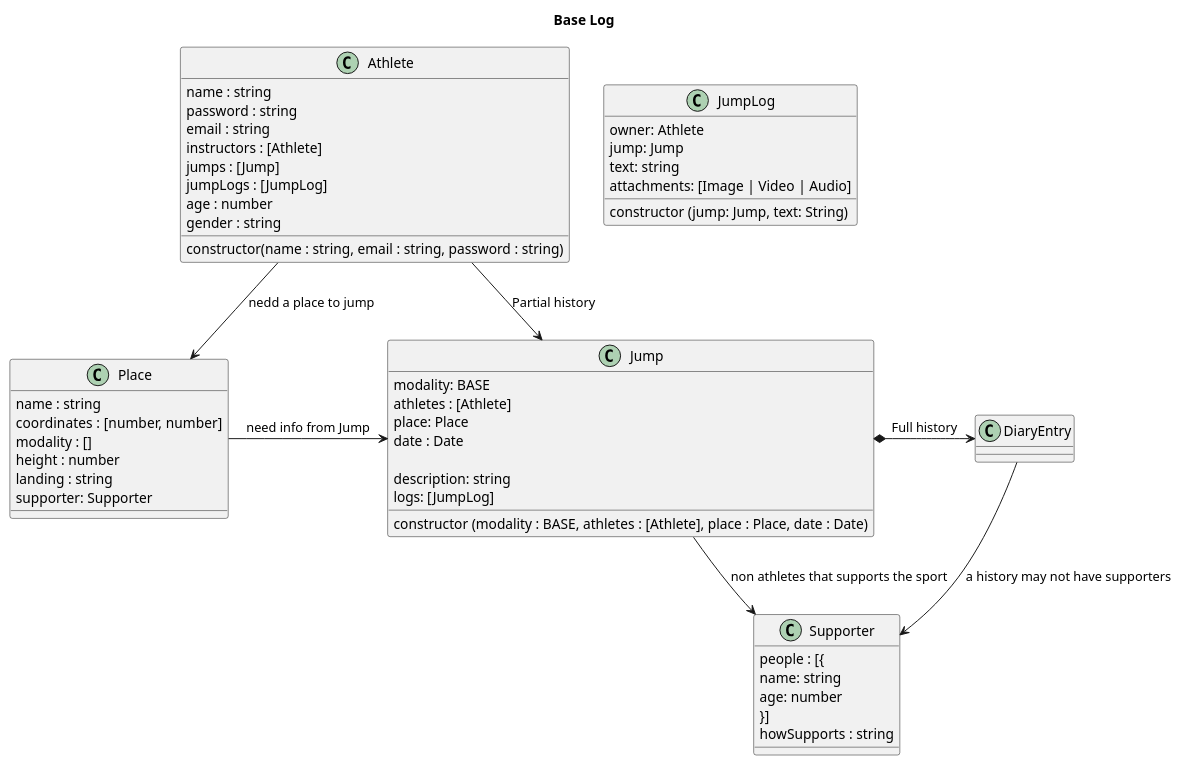
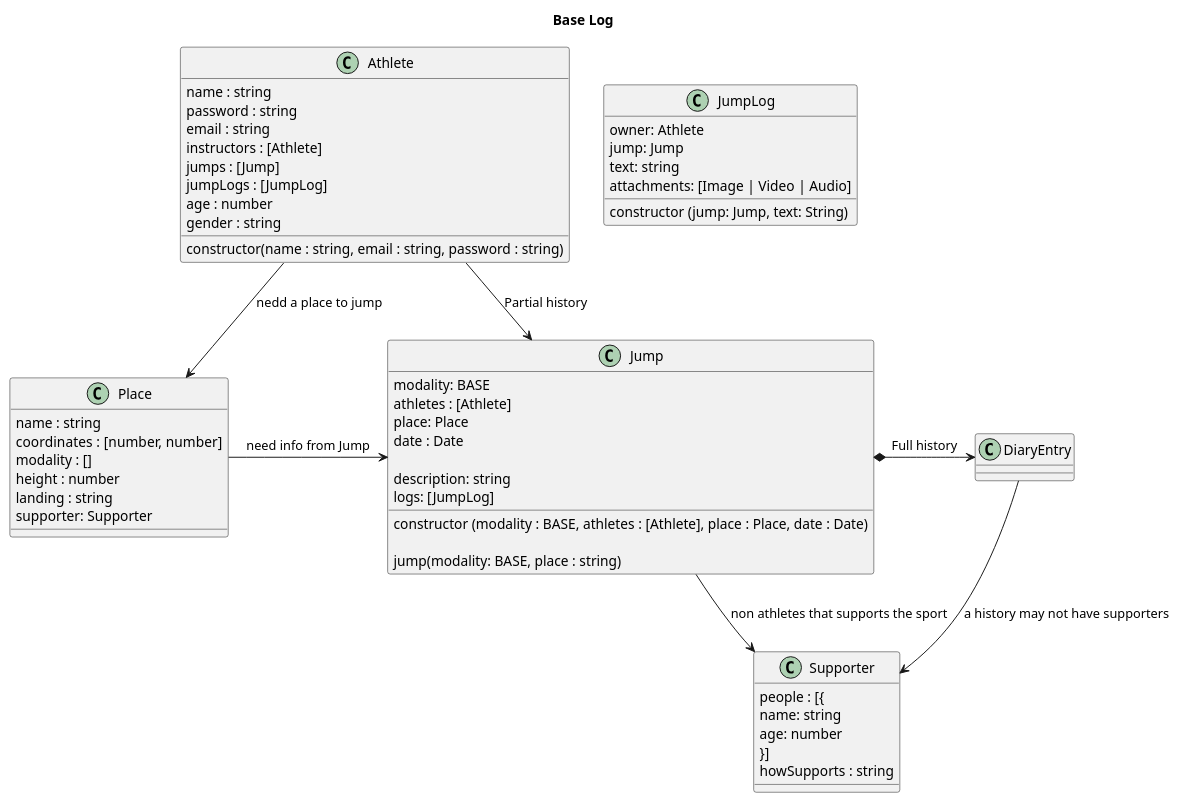
One commit to discombobulateme/webdoc changed the diagram in architecture/class.puml. Above: the diagram before and after it, drawn with PlantUML.

Commit message:
Add method to Athlete class in diagram

```diff
--- a/architecture/class.puml
+++ b/architecture/class.puml
@@ -1,77 +1,79 @@
 @startuml Base Log
 Title Base Log
 
 'non Athletes that supports the sport
 class Supporter {
 ' a supporter can associate with a place or a person
 people : [{
   name: string
   age: number
 }]
 howSupports : string
 }
 
 class Place {
 name : string
 coordinates : [number, number]
 modality : []
 height : number
 landing : string
 supporter: Supporter
 'add child: exitPoint
 }
 
 class Athlete {
 name : string
 password : string
 email : string
 instructors : [Athlete]
 jumps : [Jump]
 jumpLogs : [JumpLog]
 age : number
 gender : string
 
 constructor(name : string, email : string, password : string)
 }
 
 class Jump {
 ' addJump(Jump)
 ' Verify: if that place exists
 ' Verify: if you are linked in date and place with a Jump
 modality: BASE
 athletes : [Athlete]
 place: Place
 date : Date
 
 ' this is a sinopse
 description: string
 logs: [JumpLog]
 
 constructor (modality : BASE, athletes : [Athlete], place : Place, date : Date)
+
+jump(modality: BASE, place : string)
 }
 
 class JumpLog {
 owner: Athlete
 jump: Jump
 ' this is the full history text
 text: string
 attachments: [Image | Video | Audio]
 
 constructor (jump: Jump, text: String)
 }
 
 
 
 ' Head *- Hand : composition
 ' Parent o-- IndependentChild : agregation
 ' Need --> Use : association
 
 Athlete --> Place : nedd a place to jump
 Athlete -> Jump : Partial history
 
 Place -> Jump : need info from Jump
 Jump *-> DiaryEntry : Full history
 Jump --> Supporter : non athletes that supports the sport
 DiaryEntry --> Supporter : a history may not have supporters
 
 @enduml
```
